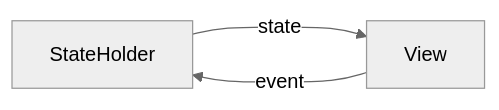
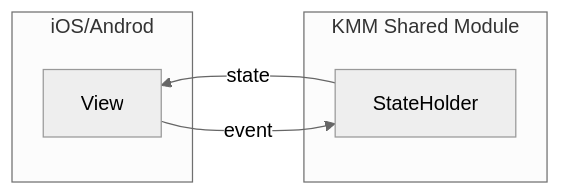
One commit to jstarczewski/kstate changed the diagram in README.md. Above: the diagram before and after it, drawn with Mermaid (neutral theme).

Commit message:
Add extra graph subgraphs

````diff
--- a/README.md
+++ b/README.md
@@ -9,5 +9,11 @@
 ```mermaid
-flowchart LR
-    StateHolder --state---> View
-    View --event---> StateHolder
+flowchart RL
+    subgraph KMM Shared Module
+    StateHolder 
+    end
+    subgraph iOS/Androd
+    View
+    end
+    StateHolder -- state --> View
+    View -- event --> StateHolder
 ```
````
